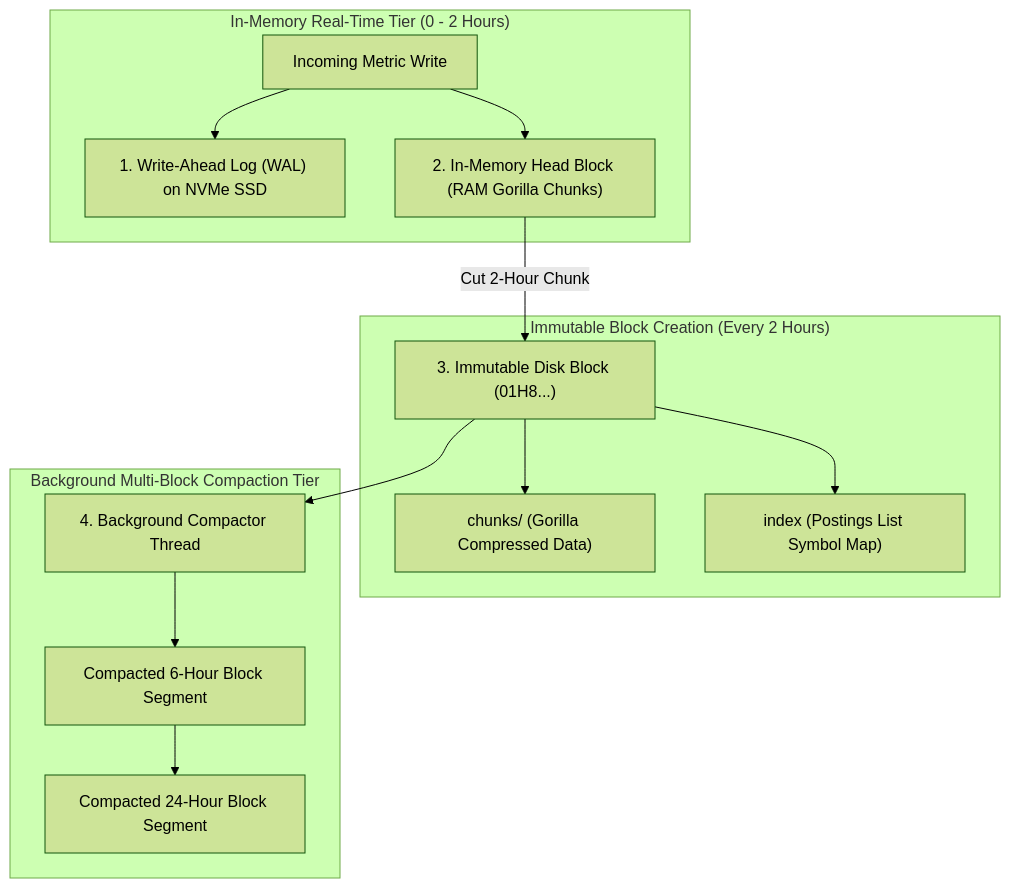
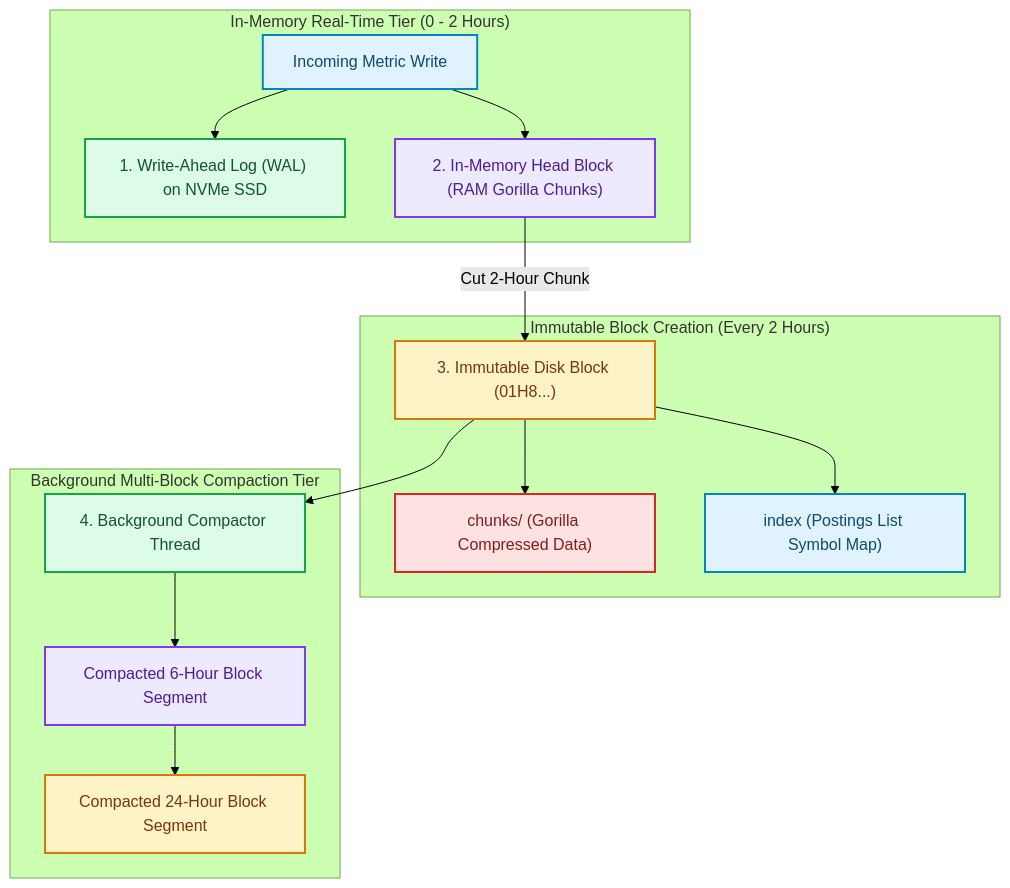
Before and after one commit to akmalkhaniub/akmalkhaniub.github.io: the diagram in blog/posts/in-memory-columnar-chunk-compaction-prometheus-victoriametrics.md, drawn with Mermaid (forest theme). The commit also changed other lines of this file and 1291 other files, not shown here.

First line of the commit message:
feat(catalog): unique covers, scholarly references, and diagram palettes

````diff
--- a/blog/posts/in-memory-columnar-chunk-compaction-prometheus-victoriametrics.md
+++ b/blog/posts/in-memory-columnar-chunk-compaction-prometheus-victoriametrics.md
@@ -19,19 +19,30 @@
 ```mermaid
 flowchart TD
   subgraph SG1_InMemoryReal ["In-Memory Real-Time Tier (0 - 2 Hours)"]
-    Metric[Incoming Metric Write] --> WAL["1. Write-Ahead Log (WAL) on NVMe SSD"]
+    Metric["Incoming Metric Write"] --> WAL["1. Write-Ahead Log (WAL) on NVMe SSD"]
     Metric --> HeadBlock["2. In-Memory Head Block (RAM Gorilla Chunks)"]
   end
   
   subgraph SG2_ImmutableBlockCreation ["Immutable Block Creation (Every 2 Hours)"]
     HeadBlock -->|Cut 2-Hour Chunk| BlockDir["3. Immutable Disk Block (01H8...)"]
     BlockDir --> Chunks["chunks/ (Gorilla Compressed Data)"]
     BlockDir --> InvertedIndex["index (Postings List Symbol Map)"]
   end
   
   subgraph SG3_BackgroundMultiBlock ["Background Multi-Block Compaction Tier"]
     BlockDir --> Compactor["4. Background Compactor Thread"]
     Compactor --> Block6h["Compacted 6-Hour Block Segment"]
     Block6h --> Block24h["Compacted 24-Hour Block Segment"]
   end
+
+classDef green fill:#dcfce7,stroke:#16a34a,stroke-width:2px,color:#14532d;
+classDef red fill:#fee2e2,stroke:#dc2626,stroke-width:2px,color:#7f1d1d;
+classDef blue fill:#e0f2fe,stroke:#0284c7,stroke-width:2px,color:#0c4a6e;
+classDef yellow fill:#fef3c7,stroke:#d97706,stroke-width:2px,color:#78350f;
+classDef purple fill:#ede9fe,stroke:#7c3aed,stroke-width:2px,color:#4c1d95;
+class Metric,InvertedIndex blue
+class WAL,Compactor green
+class HeadBlock,Block6h purple
+class BlockDir,Block24h yellow
+class Chunks red
 ```
````
